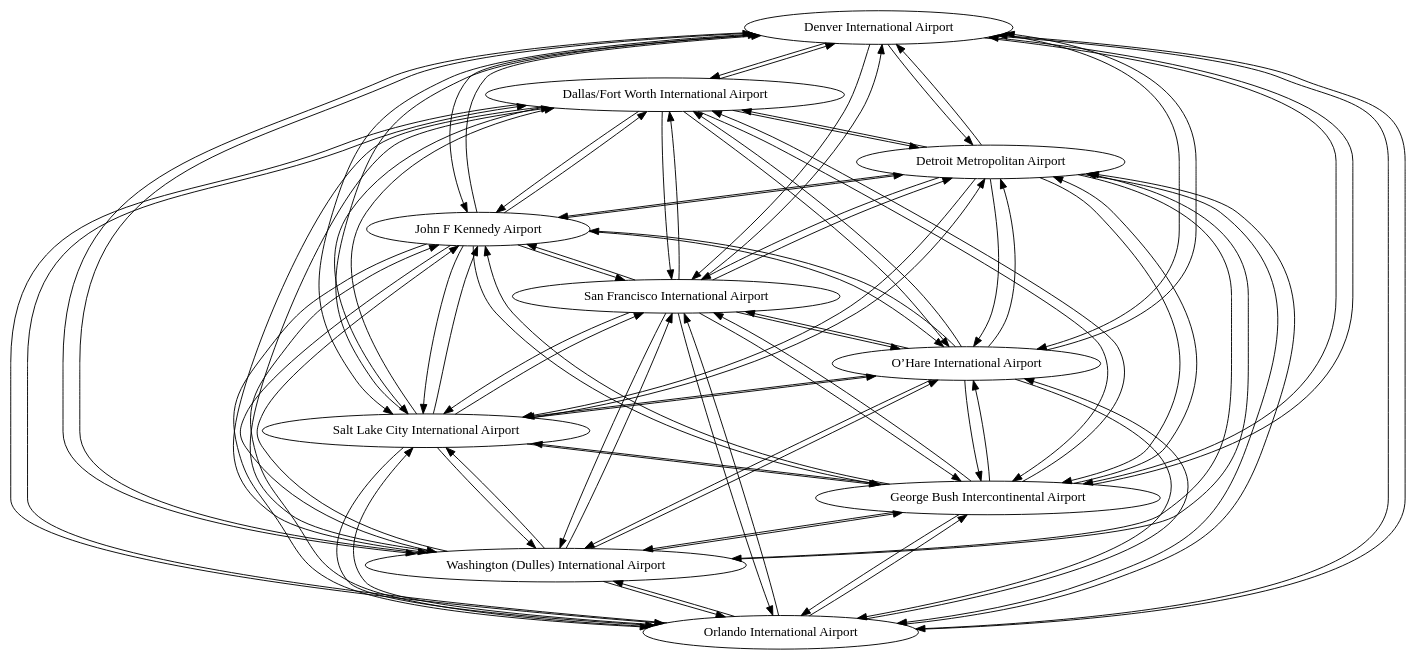
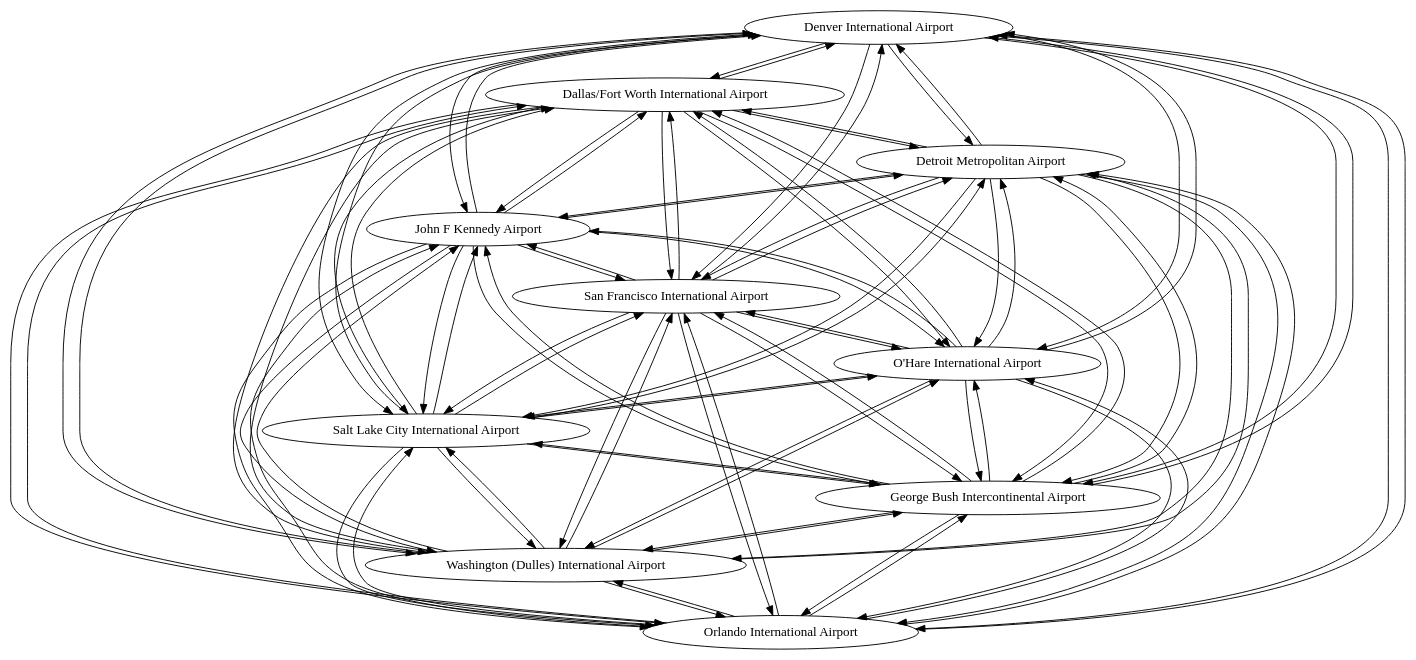
One commit to josephh2o/CS400_Project3 changed the diagram in data/flightData.dot. Above: the diagram before and after it, drawn with Graphviz. The commit also changed 2 other files, not shown here.

Commit message:
Updated ORD
correct with (')

```diff
--- a/data/flightData.dot
+++ b/data/flightData.dot
@@ -1,102 +1,102 @@
 digraph flightData {
     DEN [label="Denver International Airport",pos="39.849312,104.673828"];
     DFW [label="Dallas/Fort Worth International Airport",pos="32.7079,96.9209"];
     MCO [label="Orlando International Airport",pos="28.4240,81.3099"];
     IAD [label="Washington (Dulles) International Airport",pos="38.9531,77.4565"];
     IAH [label="George Bush Intercontinental Airport",pos="29.9902,95.3368"];
     SLC [label="Salt Lake City International Airport",pos="40.7608,111.8910"];
-    ORD [label="O’Hare International Airport",pos="41.9803,87.9090"];
+    ORD [label="O'Hare International Airport",pos="41.9803,87.9090"];
     SFO [label="San Francisco International Airport",pos="37.6213,122.3790"];
     JFK [label="John F Kennedy Airport",pos="40.6446,73.7858"];
     DTW [label="Detroit Metropolitan Airport",pos="42.2162,83.3554"];
     DEN -> DFW [weight=1032];
     DEN -> MCO [weight=2489];
     DEN -> IAD [weight=2337];
     DEN -> IAH [weight=1387];
     DEN -> SLC [weight=629];
     DEN -> ORD [weight=1430];
     DEN -> SFO [weight=1556];
     DEN -> JFK [weight=2616];
     DEN -> DTW [weight=1807];
     DFW -> DEN [weight=1032];
     DFW -> MCO [weight=1585];
     DFW -> IAD [weight=1886];
     DFW -> IAH [weight=361];
     DFW -> SLC [weight=1591];
     DFW -> ORD [weight=1290];
     DFW -> SFO [weight=2357];
     DFW -> JFK [weight=2239];
     DFW -> DTW [weight=1587];
     MCO -> DEN [weight=2489];
     MCO -> DFW [weight=1585];
     MCO -> IAD [weight=1219];
     MCO -> IAH [weight=1375];
     MCO -> SLC [weight=3107];
     MCO -> ORD [weight=1617];
     MCO -> SFO [weight=3936];
     MCO -> JFK [weight=1519];
     MCO -> DTW [weight=1540];
     IAD -> DEN [weight=2337];
     IAD -> DFW [weight=1886];
     IAD -> MCO [weight=1219];
     IAD -> IAH [weight=1915];
     IAD -> SLC [weight=2942];
     IAD -> ORD [weight=947];
     IAD -> SFO [weight=3893];
     IAD -> JFK [weight=367];
     IAD -> DTW [weight=617];
     IAH -> DEN [weight=1387];
     IAH -> DFW [weight=361];
     IAH -> MCO [weight=1375];
     IAH -> IAD [weight=1915];
     IAH -> SLC [weight=1923];
     IAH -> ORD [weight=1489];
     IAH -> SFO [weight=2632];
     IAH -> JFK [weight=2280];
     IAH -> DTW [weight=1730];
     SLC -> DEN [weight=629];
     SLC -> DFW [weight=1591];
     SLC -> MCO [weight=3107];
     SLC -> IAD [weight=2942];
     SLC -> IAH [weight=1923];
     SLC -> ORD [weight=2011];
     SLC -> SFO [weight=964];
     SLC -> JFK [weight=3202];
     SLC -> DTW [weight=2384];
     ORD -> DEN [weight=1430];
     ORD -> DFW [weight=1290];
     ORD -> MCO [weight=1617];
     ORD -> IAD [weight=947];
     ORD -> IAH [weight=947];
     ORD -> SLC [weight=2011];
     ORD -> SFO [weight=2971];
     ORD -> JFK [weight=1191];
     ORD -> DTW [weight=377];
     SFO -> DEN [weight=1556];
     SFO -> DFW [weight=2357];
     SFO -> MCO [weight=3936];
     SFO -> IAD [weight=3893];
     SFO -> IAH [weight=2632];
     SFO -> SLC [weight=964];
     SFO -> ORD [weight=2971];
     SFO -> JFK [weight=4162];
     SFO -> DTW [weight=3345];
     JFK -> DEN [weight=2616];
     JFK -> DFW [weight=2239];
     JFK -> MCO [weight=1519];
     JFK -> IAD [weight=367];
     JFK -> IAH [weight=2280];
     JFK -> SLC [weight=3202];
     JFK -> ORD [weight=1191];
     JFK -> SFO [weight=4162];
     JFK -> DTW [weight=819];
     DTW -> DEN [weight=1807];
     DTW -> DFW [weight=1587];
     DTW -> MCO [weight=1540];
     DTW -> IAD [weight=617];
     DTW -> IAH [weight=1730];
     DTW -> SLC [weight=2384];
     DTW -> ORD [weight=377];
     DTW -> SFO [weight=3345];
     DTW -> JFK [weight=819];
 }
```
